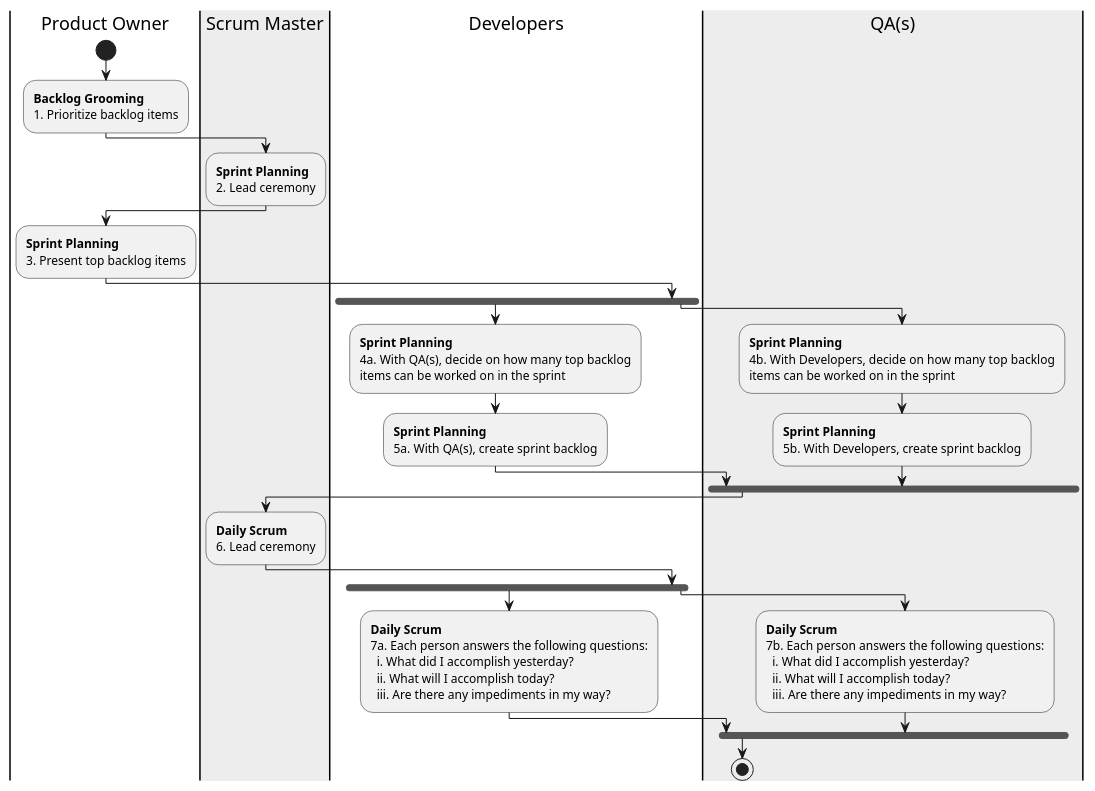
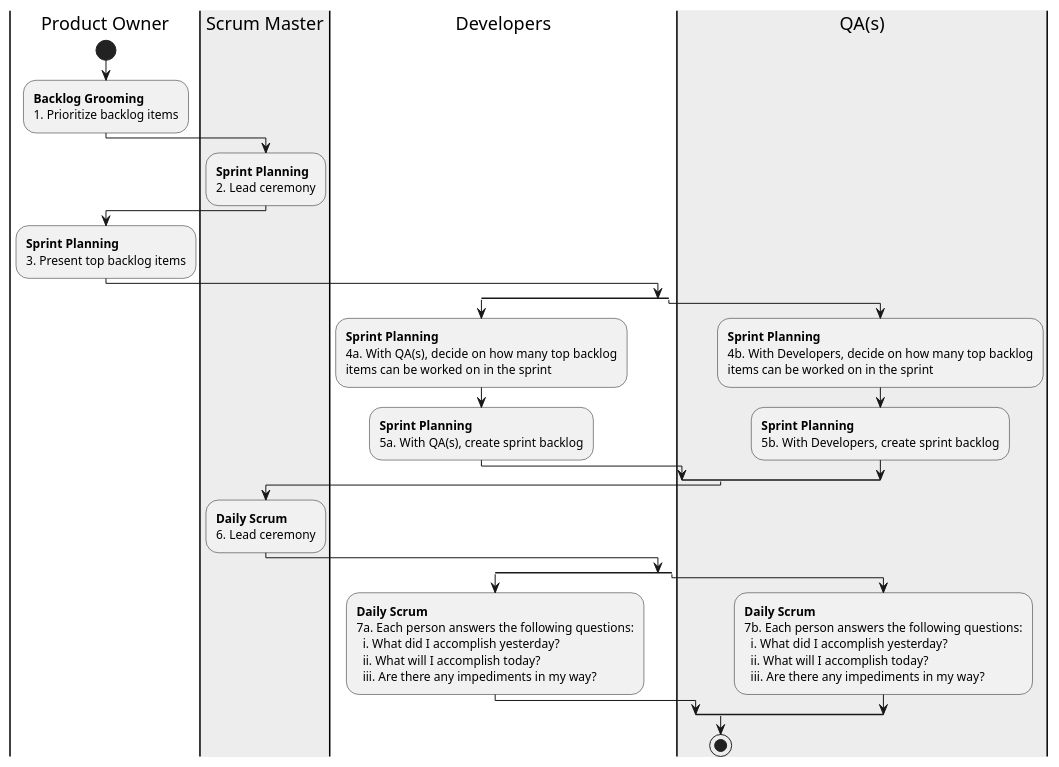
The diagram in 2020/2020-05-29_Documenting a SDLC/RoleBasedSdlc.puml (datchung/blog-posts), drawn with PlantUML before and after one commit.

Commit message:
Replace fork with split

```diff
--- a/2020/2020-05-29_Documenting a SDLC/RoleBasedSdlc.puml
+++ b/2020/2020-05-29_Documenting a SDLC/RoleBasedSdlc.puml
@@ -1,70 +1,70 @@
 @startuml RoleBasedSdlc
 
 skinparam monochrome true
 skinparam Shadowing false
 
 |Product Owner|
 start
 :**Backlog Grooming**
 1. Prioritize backlog items;
 
 |#AntiqueWhite|Scrum Master|
 :**Sprint Planning**
 2. Lead ceremony;
 
 |Product Owner|
 :**Sprint Planning**
 3. Present top backlog items;
 
 
 |Developers|
-fork
+split
 
 :**Sprint Planning**
 4a. With QA(s), decide on how many top backlog
 items can be worked on in the sprint;
 
 |Developers|
 :**Sprint Planning**
 5a. With QA(s), create sprint backlog;
 
 |#AntiqueWhite|QA(s)|
-fork again
+split again
 
 :**Sprint Planning**
 4b. With Developers, decide on how many top backlog
 items can be worked on in the sprint;
 
 |QA(s)|
 :**Sprint Planning**
 5b. With Developers, create sprint backlog;
 
-end fork
+end split
 
 |Scrum Master|
 :**Daily Scrum**
 6. Lead ceremony;
 
 |Developers|
-fork
+split
 
 :**Daily Scrum**
 7a. Each person answers the following questions:
   i. What did I accomplish yesterday?
   ii. What will I accomplish today?
   iii. Are there any impediments in my way?;
 
 |QA(s)|
-fork again
+split again
 
 :**Daily Scrum**
 7b. Each person answers the following questions:
   i. What did I accomplish yesterday?
   ii. What will I accomplish today?
   iii. Are there any impediments in my way?;
 
-end fork
+end split
 
 stop
 
 @enduml
```
